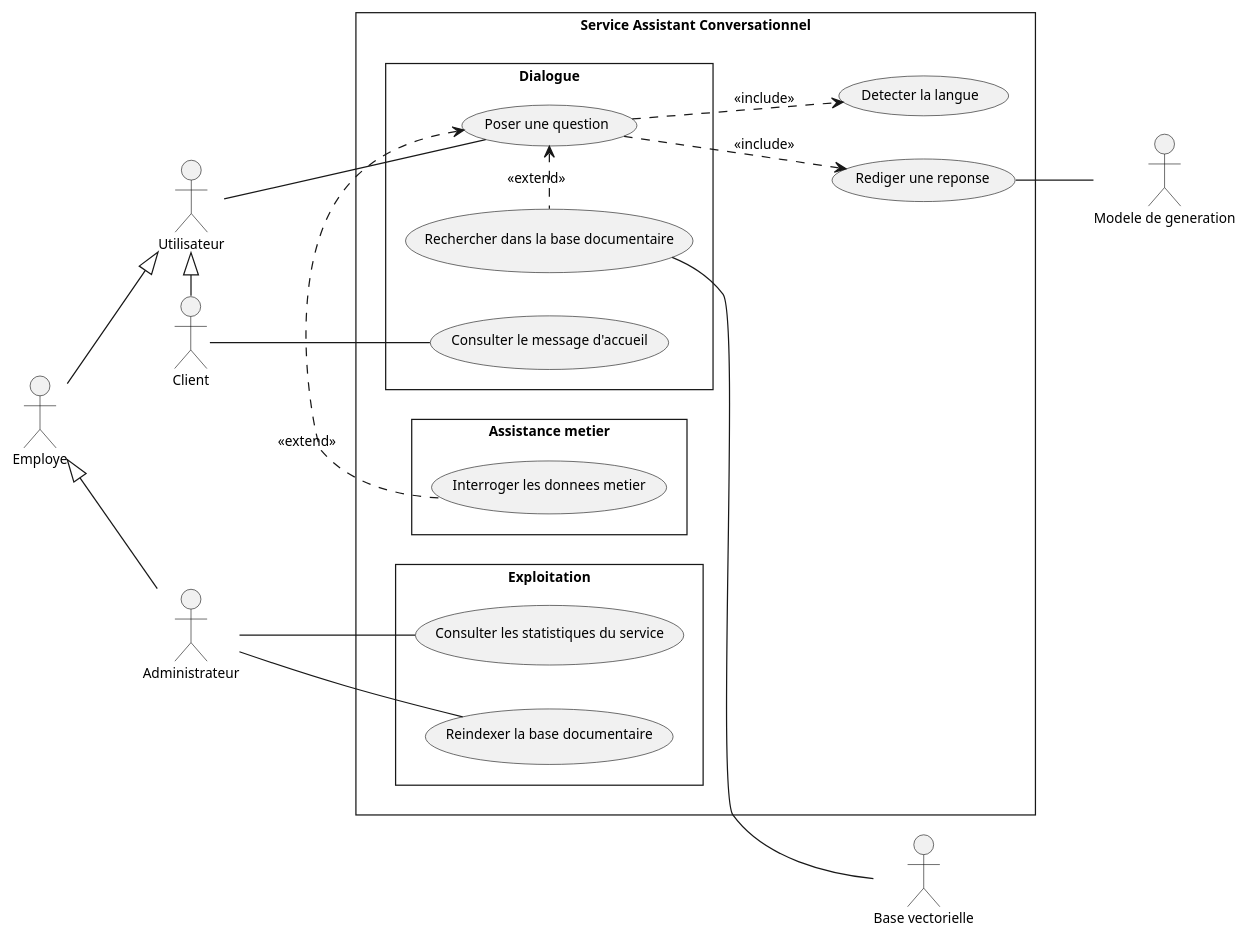
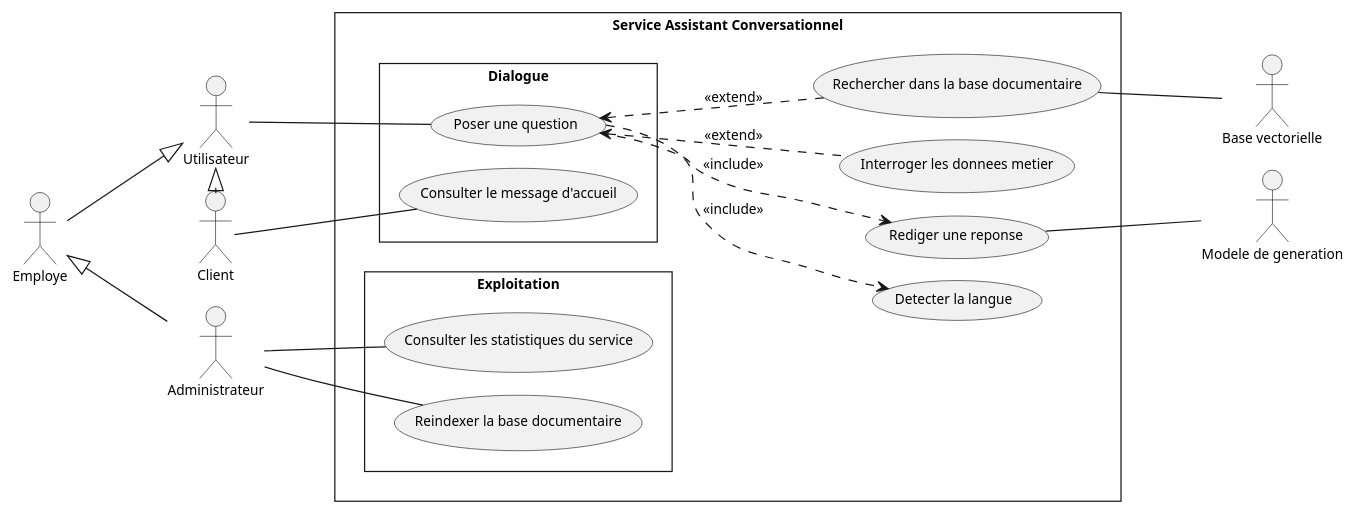
One commit to saber-barhoumi/Xpark-gmao changed the diagram in docs/diagrams/microservices/Ayshaa-RAG/Ayshaa-RAG-usecase.puml. Above: the diagram before and after it, drawn with PlantUML. The commit also changed 15 other files, not shown here.

First line of the commit message:
docs(uml): cas d'utilisation au format paysage, acteurs secondaires a droite

```diff
--- a/docs/diagrams/microservices/Ayshaa-RAG/Ayshaa-RAG-usecase.puml
+++ b/docs/diagrams/microservices/Ayshaa-RAG/Ayshaa-RAG-usecase.puml
@@ -1,59 +1,62 @@
 @startuml
 skinparam style strictuml
 skinparam packageStyle rectangle
 skinparam shadowing false
 skinparam defaultFontName Verdana
 skinparam defaultFontSize 11
 skinparam backgroundColor #FFFFFF
+skinparam nodesep 18
+skinparam ranksep 80
 left to right direction
 
 ' Acteurs, alignes a gauche : les porteurs d'associations sont
 ' accoles a la frontiere, les acteurs structurels a leur gauche
 actor "Utilisateur" as Utilisateur
 actor "Employe" as Employe
 actor "Client" as Client
 actor "Administrateur" as Administrateur
 
 ' Generalisation : triangle creux, de l'enfant vers le parent
 Employe -down-|> Utilisateur
 Client -left-|> Utilisateur
 Administrateur -up-|> Employe
 
 rectangle "Service Assistant Conversationnel" {
   package "Dialogue" {
     usecase "Poser une question" as UC_Poser_une_question
-    usecase "Rechercher dans la base documentaire" as UC_Rechercher_dans_la_base_documentai
     usecase "Consulter le message d'accueil" as UC_Consulter_le_message_d_accueil
-  }
-  package "Assistance metier" {
-    usecase "Interroger les donnees metier" as UC_Interroger_les_donnees_metier
   }
   package "Exploitation" {
     usecase "Reindexer la base documentaire" as UC_Reindexer_la_base_documentaire
     usecase "Consulter les statistiques du service" as UC_Consulter_les_statistiques_du_serv
   }
   usecase "Detecter la langue" as UC_Detecter_la_langue
   usecase "Rediger une reponse" as UC_Rediger_une_reponse
+  usecase "Rechercher dans la base documentaire" as UC_Rechercher_dans_la_base_documentai
+  usecase "Interroger les donnees metier" as UC_Interroger_les_donnees_metier
 }
 
 ' Acteurs secondaires, a droite, hors de la frontiere
 actor "Base vectorielle" as Qdrant
 actor "Modele de generation" as Ollama
 
 ' Associations : trait continu sans fleche (relation d'association)
 Utilisateur -- UC_Poser_une_question
 Client -- UC_Consulter_le_message_d_accueil
 Administrateur -- UC_Reindexer_la_base_documentaire
 Administrateur -- UC_Consulter_les_statistiques_du_serv
 
 UC_Rechercher_dans_la_base_documentai -down- Qdrant
 UC_Rediger_une_reponse -down- Ollama
+UC_Interroger_les_donnees_metier -[hidden]down- Qdrant
+UC_Interroger_les_donnees_metier -[hidden]down- Ollama
+Qdrant -[hidden]right- Ollama
 
 ' << include >> : du cas de base vers le cas obligatoire
 UC_Poser_une_question ..> UC_Detecter_la_langue : << include >>
 UC_Poser_une_question ..> UC_Rediger_une_reponse : << include >>
-' << extend >> : du cas optionnel vers le cas de base
-UC_Rechercher_dans_la_base_documentai .left.> UC_Poser_une_question : << extend >>
-UC_Interroger_les_donnees_metier .left.> UC_Poser_une_question : << extend >>
+' << extend >> : la pointe designe le cas de base
+UC_Poser_une_question <.. UC_Rechercher_dans_la_base_documentai : << extend >>
+UC_Poser_une_question <.. UC_Interroger_les_donnees_metier : << extend >>
 
 @enduml
```
